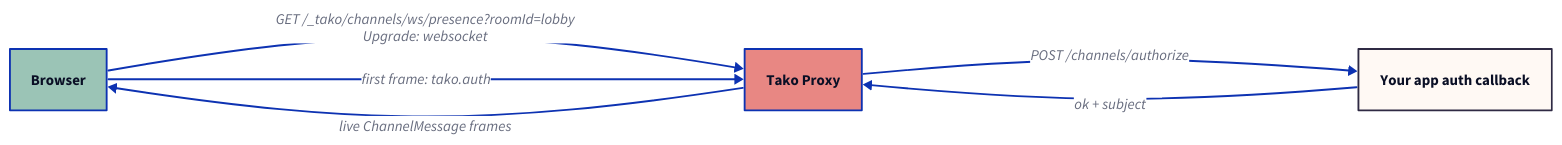
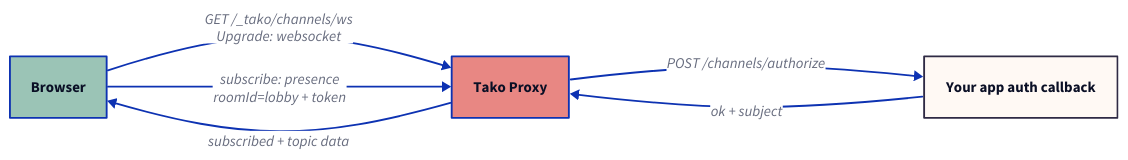
Before and after one commit to tako-sh/tako: the diagram in website/src/content/blog/typed-websocket-channels-in-typescript.md, drawn with D2. The commit also changed other lines of this file and 20 other files, not shown here.

````diff
--- a/website/src/content/blog/typed-websocket-channels-in-typescript.md
+++ b/website/src/content/blog/typed-websocket-channels-in-typescript.md
@@ -64,20 +70,20 @@
 ```d2
 direction: right
 
 browser: Browser {
   style.fill: "#9BC4B6"
 }
 proxy: Tako Proxy {
   style.fill: "#E88783"
 }
 app: "Your app auth callback" {
   style.fill: "#FFF9F4"
   style.stroke: "#2F2A44"
 }
 
-browser -> proxy: "GET /_tako/channels/ws/presence?roomId=lobby\nUpgrade: websocket"
-browser -> proxy: "first frame: tako.auth"
+browser -> proxy: "GET /_tako/channels/ws\nUpgrade: websocket"
+browser -> proxy: "subscribe: presence\nroomId=lobby + token"
 proxy -> app: "POST /channels/authorize"
 app -> proxy: "ok + subject"
-proxy -> browser: "live ChannelMessage frames"
+proxy -> browser: "subscribed + topic data"
 ```
````
